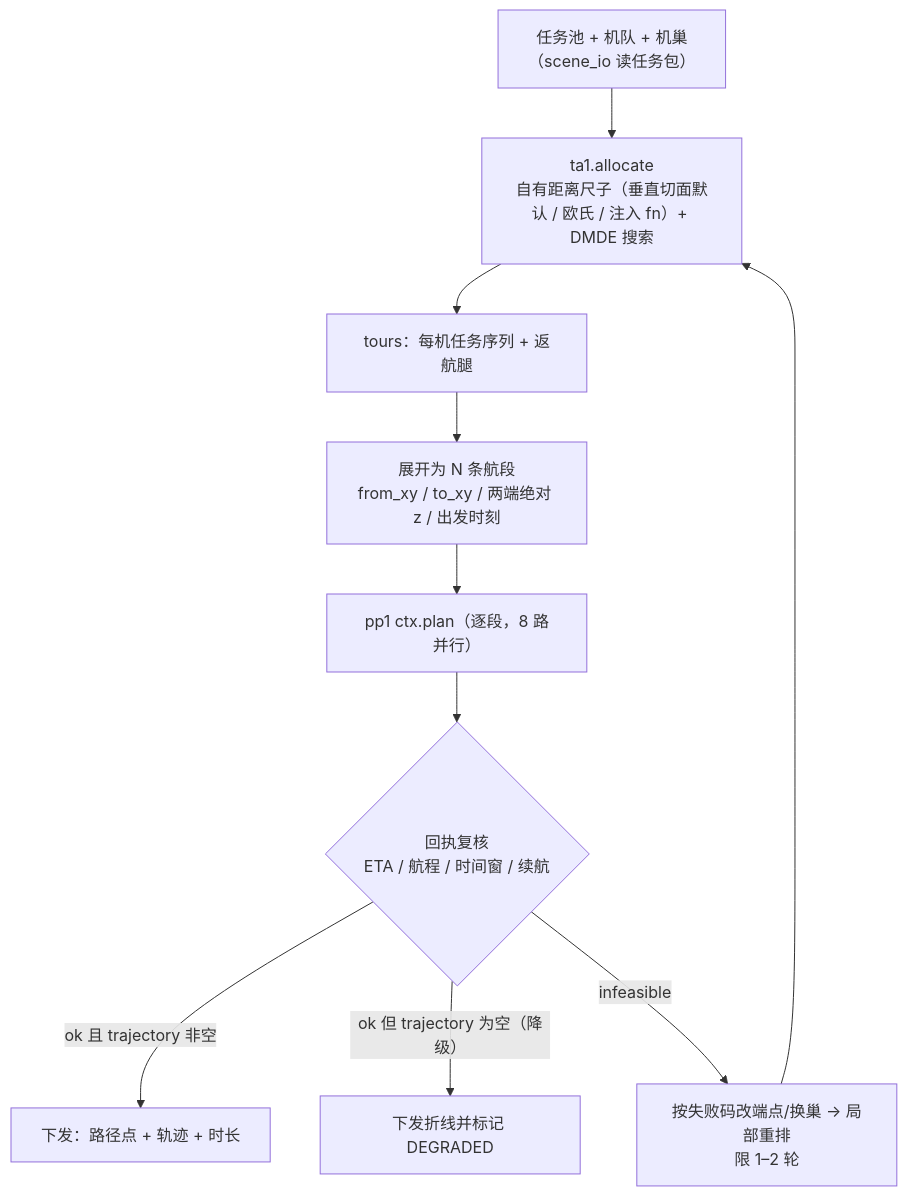
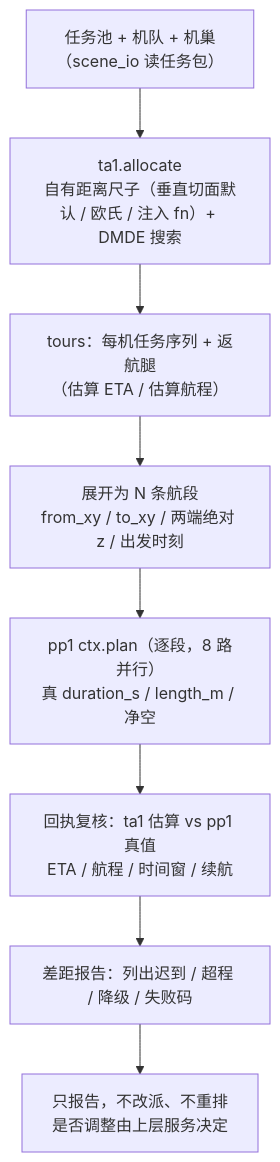
One commit to 909347194/06project-for-uav changed the diagram in docs/3任务分配-路径规划对接.md. Above: the diagram before and after it, drawn with Mermaid. The commit also changed other lines of this file and 6 other files, not shown here.

````diff
--- a/docs/3任务分配-路径规划对接.md
+++ b/docs/3任务分配-路径规划对接.md
@@ -27,12 +27,10 @@
 ```mermaid
 flowchart TD
     A["任务池 + 机队 + 机巢<br/>（scene_io 读任务包）"] --> B["ta1.allocate<br/>自有距离尺子（垂直切面默认 / 欧氏 / 注入 fn）+ DMDE 搜索"]
-    B --> C["tours：每机任务序列 + 返航腿"]
+    B --> C["tours：每机任务序列 + 返航腿<br/>（估算 ETA / 估算航程）"]
     C --> D["展开为 N 条航段<br/>from_xy / to_xy / 两端绝对 z / 出发时刻"]
-    D --> E["pp1 ctx.plan（逐段，8 路并行）"]
-    E --> F{"回执复核<br/>ETA / 航程 / 时间窗 / 续航"}
-    F -->|"ok 且 trajectory 非空"| G["下发：路径点 + 轨迹 + 时长"]
-    F -->|"ok 但 trajectory 为空（降级）"| G2["下发折线并标记 DEGRADED"]
-    F -->|"infeasible"| H["按失败码改端点/换巢 → 局部重排<br/>限 1–2 轮"]
-    H --> B
+    D --> E["pp1 ctx.plan（逐段，8 路并行）<br/>真 duration_s / length_m / 净空"]
+    E --> F["回执复核：ta1 估算 vs pp1 真值<br/>ETA / 航程 / 时间窗 / 续航"]
+    F --> G["差距报告：列出迟到 / 超程 / 降级 / 失败码"]
+    G --> H["只报告，不改派、不重排<br/>是否调整由上层服务决定"]
 ```
````
